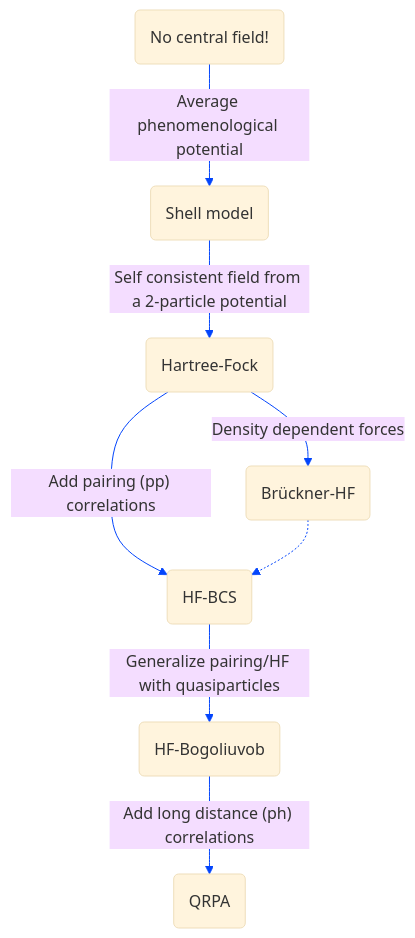
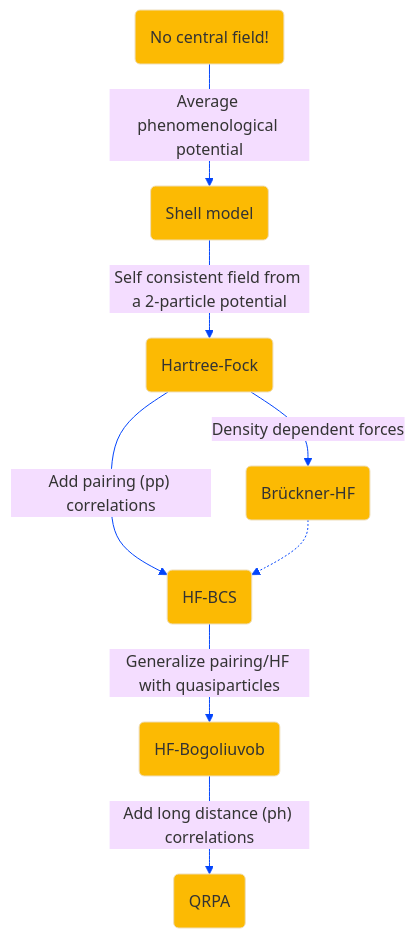
The diagram in src/site/notes/Neutrino-nucleus/Mean field theory.md (Pabce/many-stupid-notes), drawn with Mermaid before and after one commit.

Commit message:
Update note Neutrino-nucleus/Mean field theory.md

````diff
--- a/src/site/notes/Neutrino-nucleus/Mean field theory.md
+++ b/src/site/notes/Neutrino-nucleus/Mean field theory.md
@@ -6,20 +6,21 @@
 ```mermaid
 %%{ init: { 'theme': 'base',
-    'themeVariables': { 'background': '#fcba03' } } }%%
+    'themeVariables': { 'background': '#fcba03',
+                         'mainBkg': '#fcba03'} } }%%
     flowchart TD
         id1(No central field!)
         id2(Shell model)
         id3(Hartree-Fock)
         id4(HF-BCS)
         id5(HF-Bogoliuvob)
         id6(QRPA)
         id7(Brückner-HF)
         
         id1-->|Average phenomenological potential|id2
         id2-->|Self consistent field from a 2-particle potential|id3
         id3-->|"Add pairing (pp) correlations"|id4
         id4-->|Generalize pairing/HF with quasiparticles|id5
         id5-->|"Add long distance (ph) correlations"|id6
         id3-->|Density dependent forces|id7
         id7-.->id4
 ```
````
